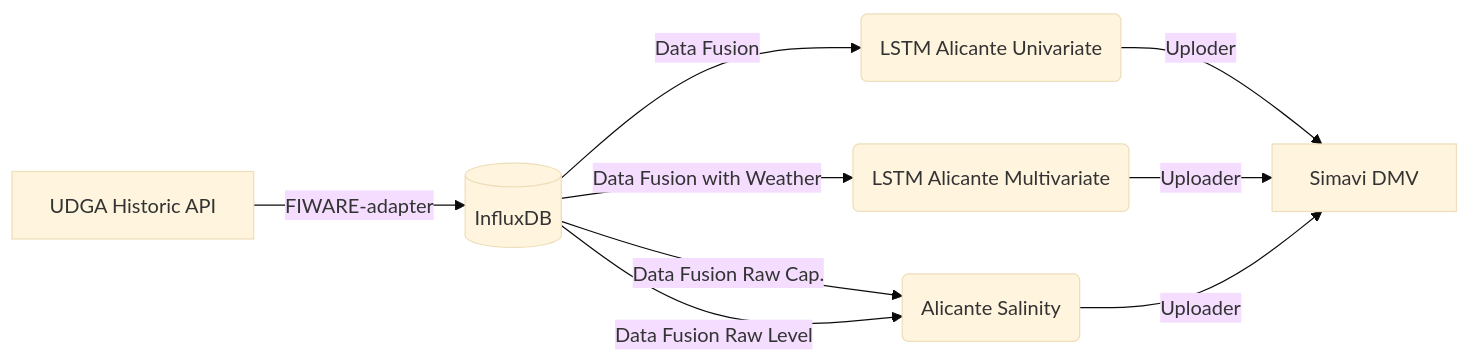
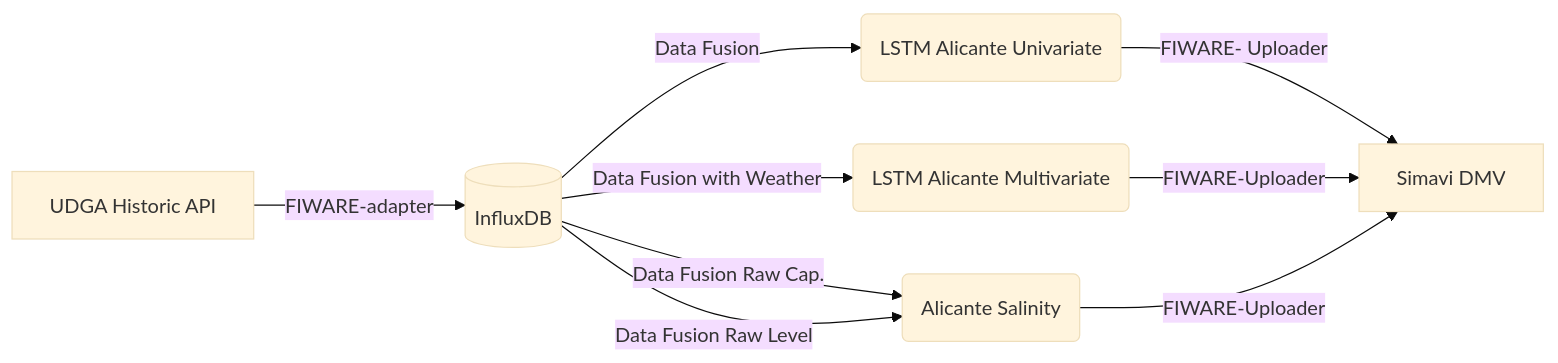
The second of 3 diagrams in README.md (naiades-jsi/documentation), drawn with Mermaid (base theme) before and after one commit. The commit also changed other lines of this file, not shown here.

Commit message:
Updating schemas

````diff
--- a/README.md
+++ b/README.md
@@ -146,11 +146,11 @@
 ```mermaid
 graph LR
     A[UDGA Historic API] --> |FIWARE-adapter| B[(InfluxDB)]
     B --> |Data Fusion| C(LSTM Alicante Univariate)
     B --> |Data Fusion with Weather| D(LSTM Alicante Multivariate)
     B --> |Data Fusion Raw Cap.| E(Alicante Salinity)
     B --> |Data Fusion Raw Level| E
-    C --> |Uploder| X[Simavi DMV]
-    D --> |Uploader| X
-    E --> |Uploader| X
+    C --> |FIWARE- Uploader| X[Simavi DMV]
+    D --> |FIWARE-Uploader| X
+    E --> |FIWARE-Uploader| X
 ```
````
